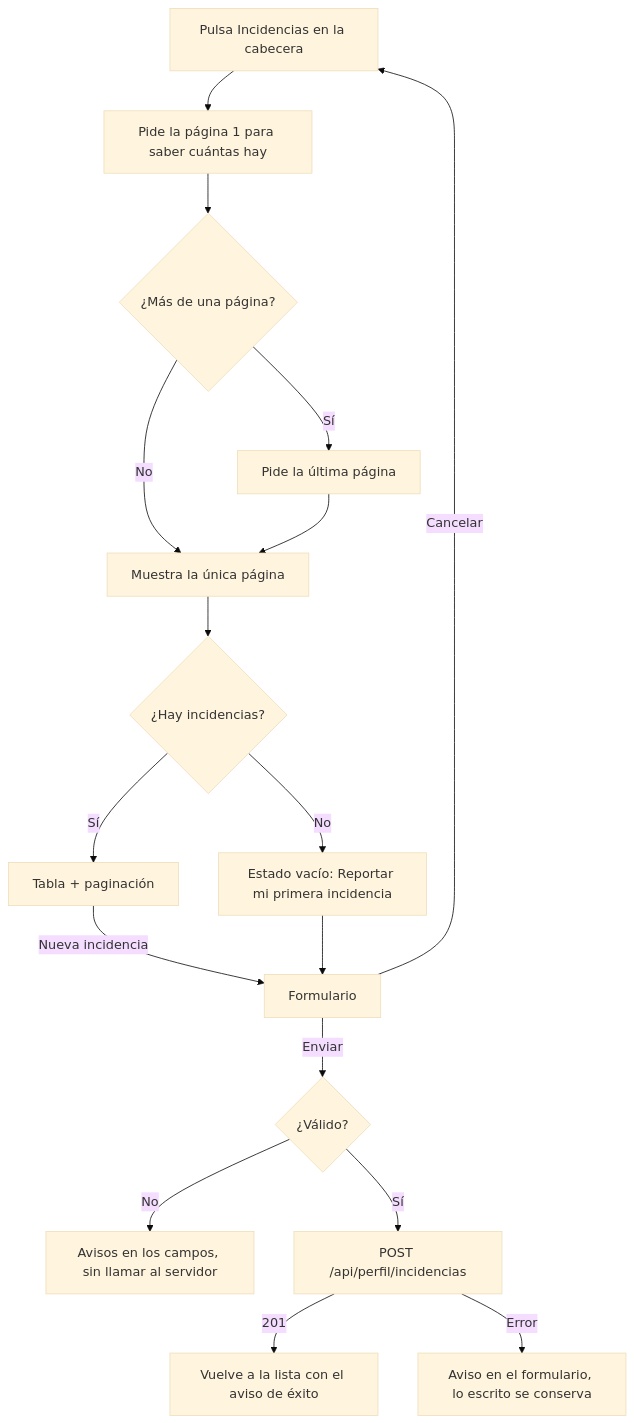
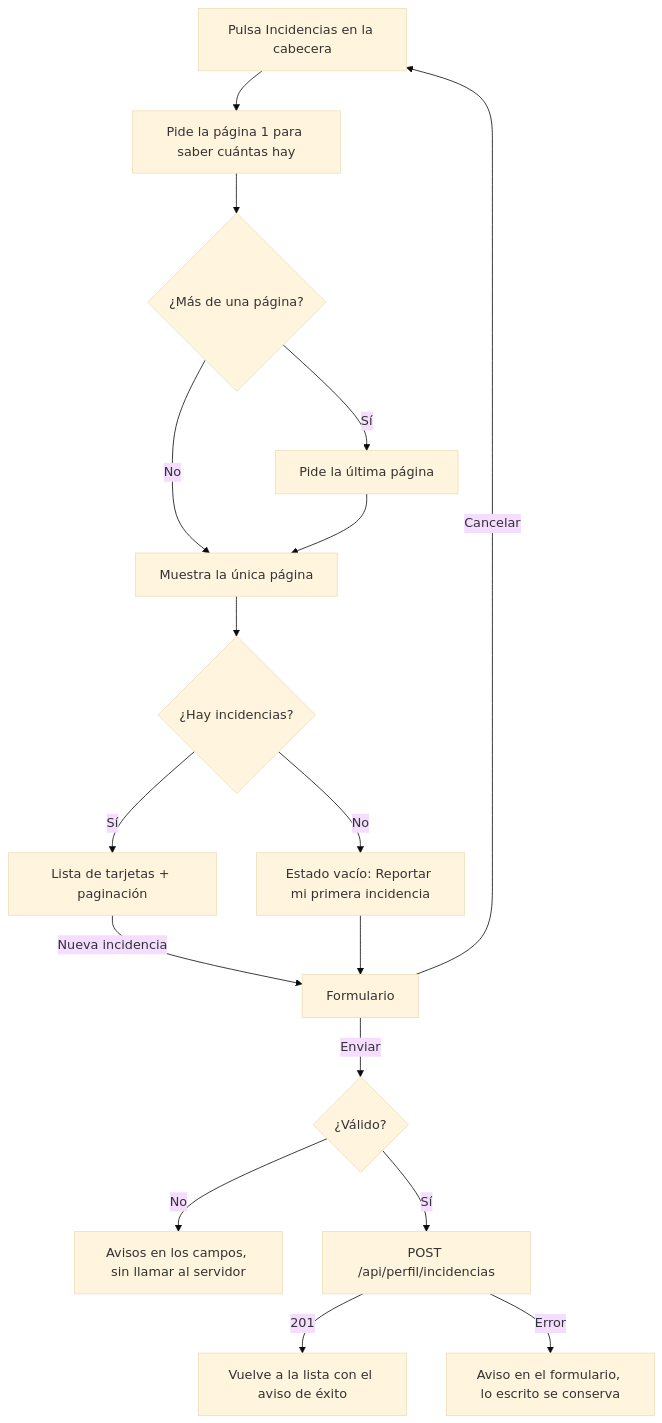
The diagram in frontend/docs/hu44-incidencias.md (ESIBuy-2026-2027/ESIBuy-Mantenimiento), drawn with Mermaid (base theme) before and after one commit. The commit also changed other lines of this file and 1 other file, not shown here.

Commit message:
docs(front-HU44): actualizar el doc y la matriz: lista de tarjetas y sin botón de cerrar AB#289

````diff
--- a/frontend/docs/hu44-incidencias.md
+++ b/frontend/docs/hu44-incidencias.md
@@ -39,19 +39,19 @@
 ```mermaid
 flowchart TD
     A[Pulsa Incidencias en la cabecera] --> B[Pide la página 1 para saber cuántas hay]
     B --> C{¿Más de una página?}
     C -- Sí --> D[Pide la última página]
     C -- No --> E[Muestra la única página]
     D --> E
     E --> F{¿Hay incidencias?}
     F -- No --> G[Estado vacío: Reportar mi primera incidencia]
-    F -- Sí --> H[Tabla + paginación]
+    F -- Sí --> H[Lista de tarjetas + paginación]
     H -- Nueva incidencia --> N[Formulario]
     G --> N
     N -- Cancelar --> A
     N -- Enviar --> V{¿Válido?}
     V -- No --> W[Avisos en los campos, sin llamar al servidor]
     V -- Sí --> P[POST /api/perfil/incidencias]
     P -- 201 --> A2[Vuelve a la lista con el aviso de éxito]
     P -- Error --> X[Aviso en el formulario, lo escrito se conserva]
 ```
````
